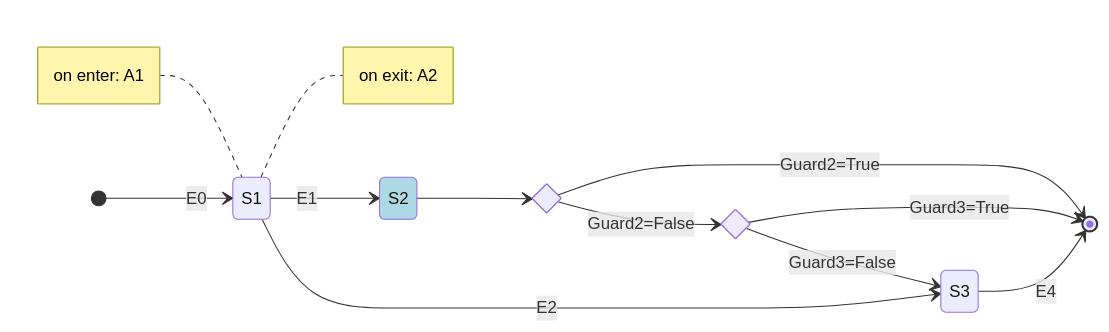
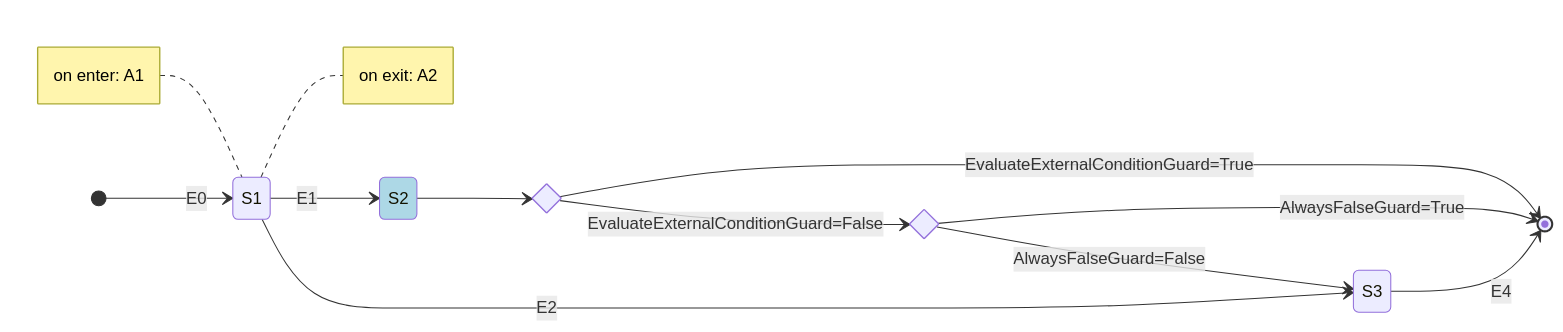
The diagram in README.md (enmala-modyo/state-machine-test), drawn with Mermaid before and after one commit. The commit also changed other lines of this file, not shown here.

````diff
--- a/README.md
+++ b/README.md
@@ -27,27 +29,27 @@
 ```mermaid
 ---
 Máquina de Estados
 ---
 stateDiagram-v2
     direction LR
     classDef pseudo fill:lightblue
     state if_state1 <<choice>>
     state if_state2 <<choice>>
     S1
     note left of S1
         on enter: A1
     end note
     note right of S1
         on exit: A2
     end note
     [*] --> S1 : E0
     S1 --> S2 : E1
     S1 --> S3 : E2
     S2 --> if_state1
-    if_state1 --> [*] : Guard2=True
-    if_state1 --> if_state2 : Guard2=False
-    if_state2 --> [*] : Guard3=True
-    if_state2 --> S3 : Guard3=False
+    if_state1 --> [*] : EvaluateExternalConditionGuard=True
+    if_state1 --> if_state2 : EvaluateExternalConditionGuard=False
+    if_state2 --> [*] : AlwaysFalseGuard=True
+    if_state2 --> S3 : AlwaysFalseGuard=False
     S3 --> [*] : E4
     class S2 pseudo
 ```
````
